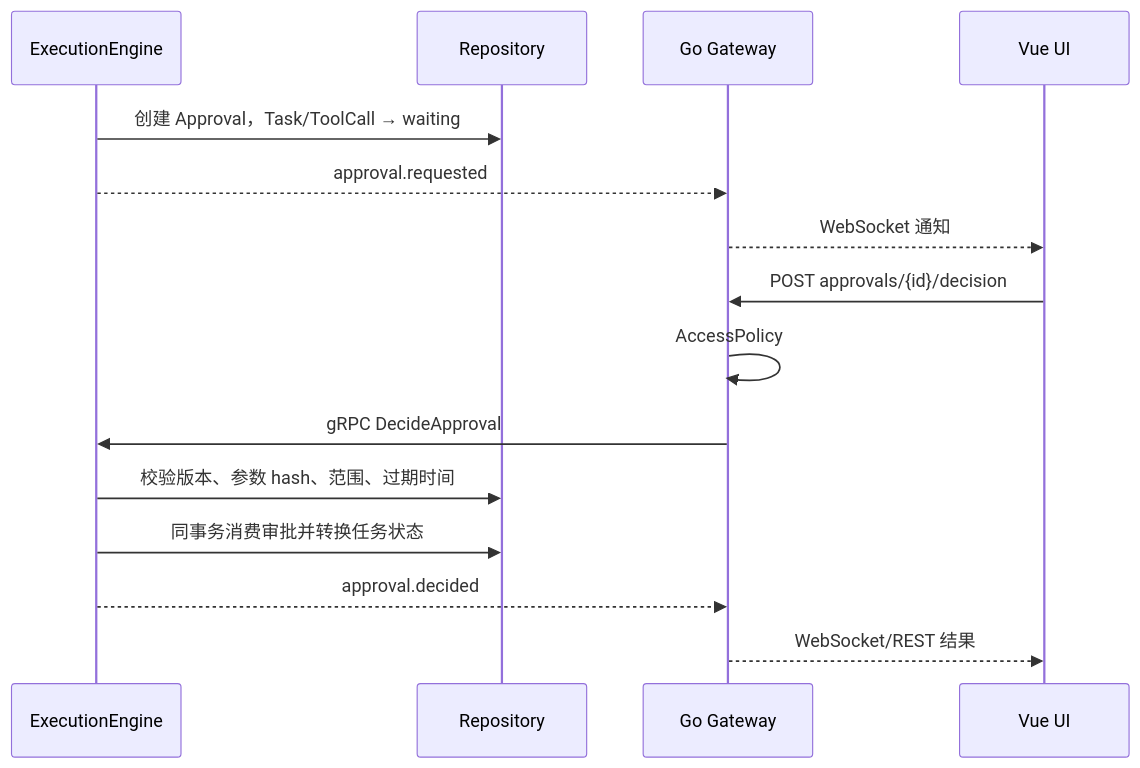
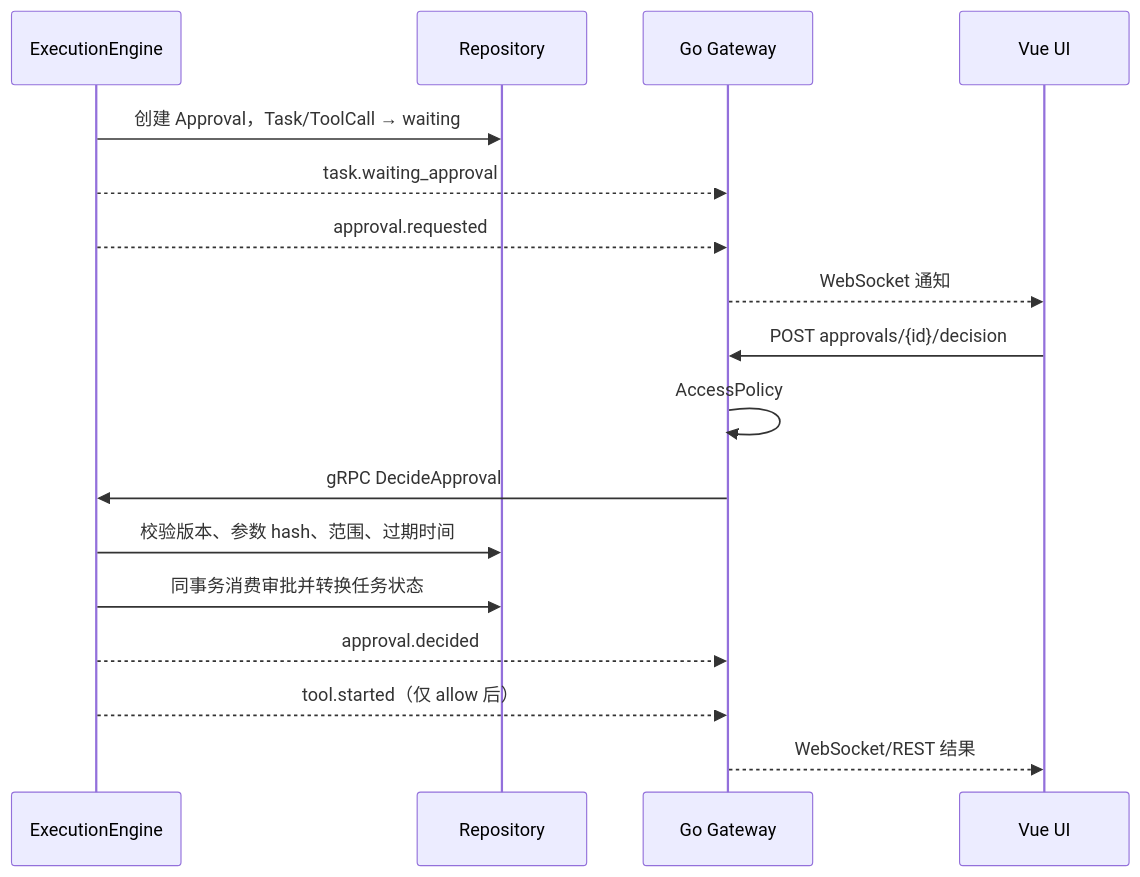
Before and after one commit to Mime-AL/MaigoKite: the fourth of 9 diagrams in docs/design/Sequence.md, drawn with Mermaid. The commit also changed other lines of this file and 76 other files, not shown here.

````diff
--- a/docs/design/Sequence.md
+++ b/docs/design/Sequence.md
@@ -80,18 +81,20 @@
 ```mermaid
 sequenceDiagram
     participant E as ExecutionEngine
     participant DB as Repository
     participant G as Go Gateway
     participant UI as Vue UI
 
     E->>DB: 创建 Approval，Task/ToolCall → waiting
+    E-->>G: task.waiting_approval
     E-->>G: approval.requested
     G-->>UI: WebSocket 通知
     UI->>G: POST approvals/{id}/decision
     G->>G: AccessPolicy
     G->>E: gRPC DecideApproval
     E->>DB: 校验版本、参数 hash、范围、过期时间
     E->>DB: 同事务消费审批并转换任务状态
     E-->>G: approval.decided
+    E-->>G: tool.started（仅 allow 后）
     G-->>UI: WebSocket/REST 结果
 ```
````
